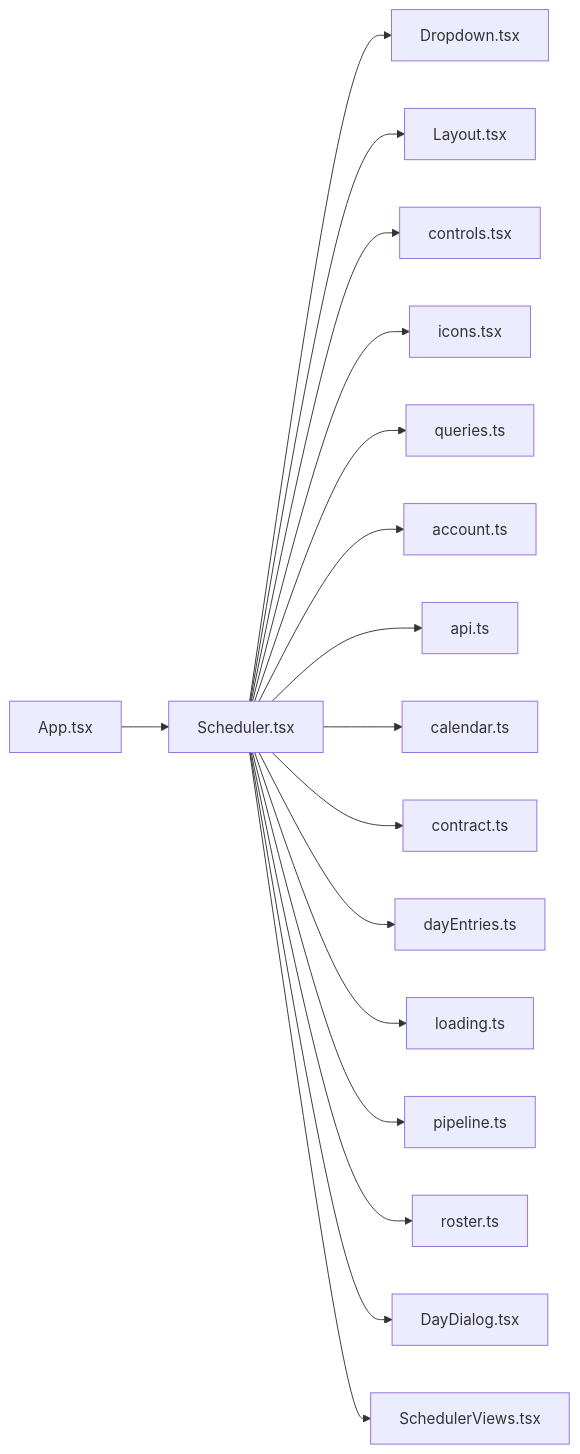
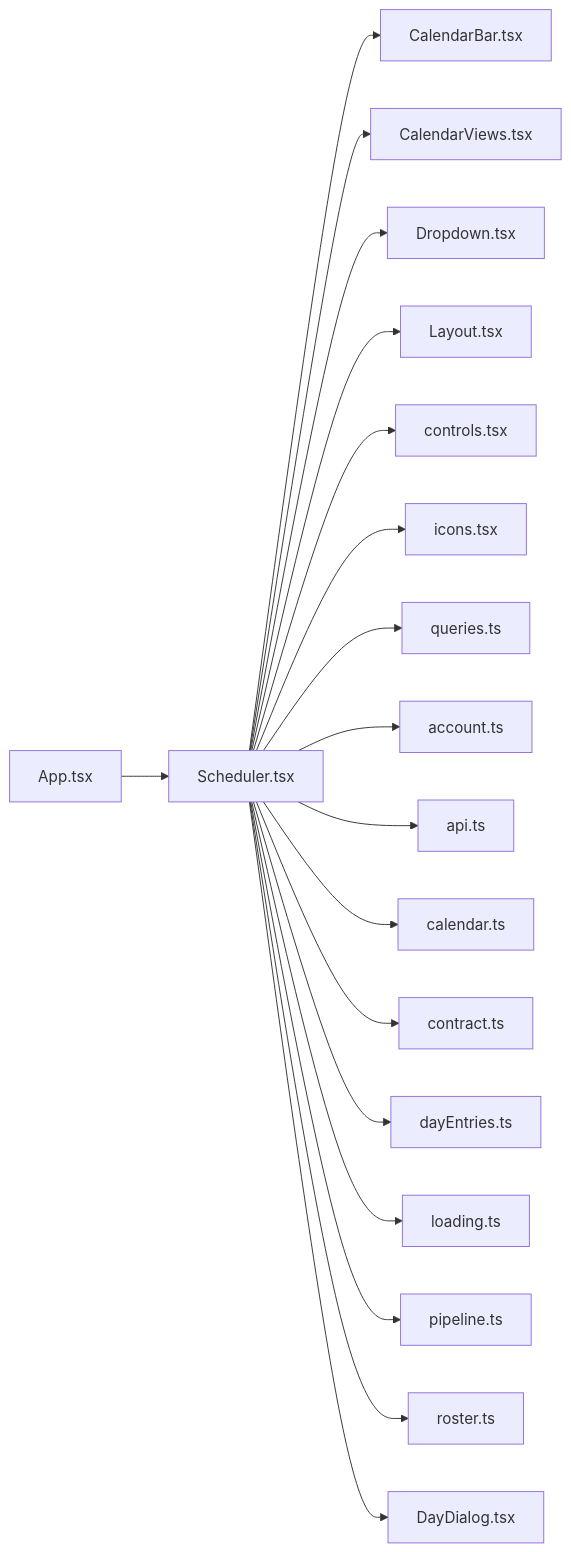
One commit to minkong-dev/Banblit changed the diagram in .cluedoc/graph/frontend/src/routes/Scheduler.md. Above: the diagram before and after it, drawn with Mermaid. The commit also changed other lines of this file and 45 other files, not shown here.

First line of the commit message:
frontend: show unavailable times as a member calendar and a team heatmap

````diff
--- a/.cluedoc/graph/frontend/src/routes/Scheduler.md
+++ b/.cluedoc/graph/frontend/src/routes/Scheduler.md
@@ -10,20 +10,21 @@
 ```mermaid
 flowchart LR
   frontend_src_routes_Scheduler["Scheduler.tsx"]
+  frontend_src_routes_Scheduler --> frontend_src_components_CalendarBar["CalendarBar.tsx"]
+  frontend_src_routes_Scheduler --> frontend_src_components_CalendarViews["CalendarViews.tsx"]
   frontend_src_routes_Scheduler --> frontend_src_components_Dropdown["Dropdown.tsx"]
   frontend_src_routes_Scheduler --> frontend_src_components_Layout["Layout.tsx"]
   frontend_src_routes_Scheduler --> frontend_src_components_controls["controls.tsx"]
   frontend_src_routes_Scheduler --> frontend_src_components_icons["icons.tsx"]
   frontend_src_routes_Scheduler --> frontend_src_components_queries["queries.ts"]
   frontend_src_routes_Scheduler --> frontend_src_lib_account["account.ts"]
   frontend_src_routes_Scheduler --> frontend_src_lib_api["api.ts"]
   frontend_src_routes_Scheduler --> frontend_src_lib_calendar["calendar.ts"]
   frontend_src_routes_Scheduler --> frontend_src_lib_contract["contract.ts"]
   frontend_src_routes_Scheduler --> frontend_src_lib_dayEntries["dayEntries.ts"]
   frontend_src_routes_Scheduler --> frontend_src_lib_loading["loading.ts"]
   frontend_src_routes_Scheduler --> frontend_src_lib_pipeline["pipeline.ts"]
   frontend_src_routes_Scheduler --> frontend_src_lib_roster["roster.ts"]
   frontend_src_routes_Scheduler --> frontend_src_routes_DayDialog["DayDialog.tsx"]
-  frontend_src_routes_Scheduler --> frontend_src_routes_SchedulerViews["SchedulerViews.tsx"]
   frontend_src_App["App.tsx"] --> frontend_src_routes_Scheduler
 ```
````
